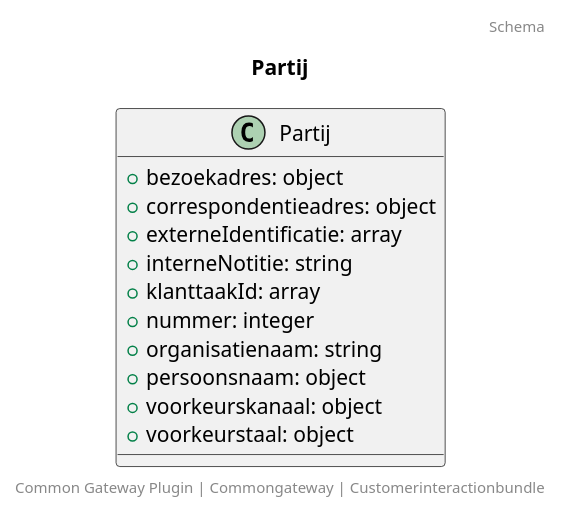
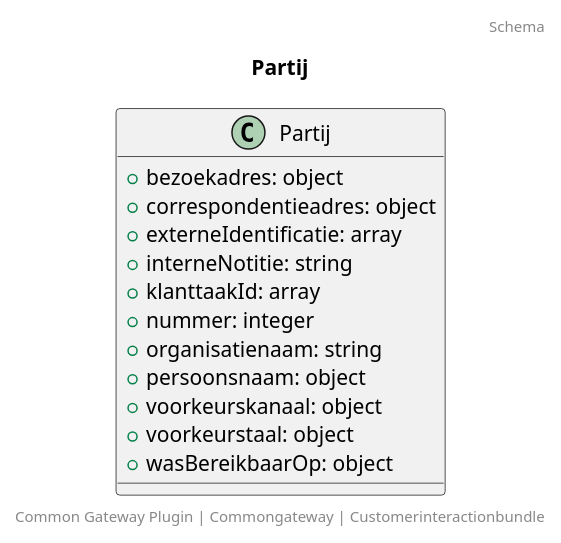
One commit to CommonGateway/CustomerInteractionBundle changed the diagram in docs/schema/klant.partij.puml. Above: the diagram before and after it, drawn with PlantUML. The commit also changed 2 other files, not shown here.

```diff
--- a/docs/schema/klant.partij.puml
+++ b/docs/schema/klant.partij.puml
@@ -1,18 +1,19 @@
 @startuml
 title: Partij
 footer: Common Gateway Plugin | Commongateway | Customerinteractionbundle 
 header: Schema
 
 class Partij {
   + bezoekadres: object
   + correspondentieadres: object
   + externeIdentificatie: array
   + interneNotitie: string
   + klanttaakId: array
   + nummer: integer
   + organisatienaam: string
   + persoonsnaam: object
   + voorkeurskanaal: object
   + voorkeurstaal: object
+  + wasBereikbaarOp: object
 }
 @enduml
```
